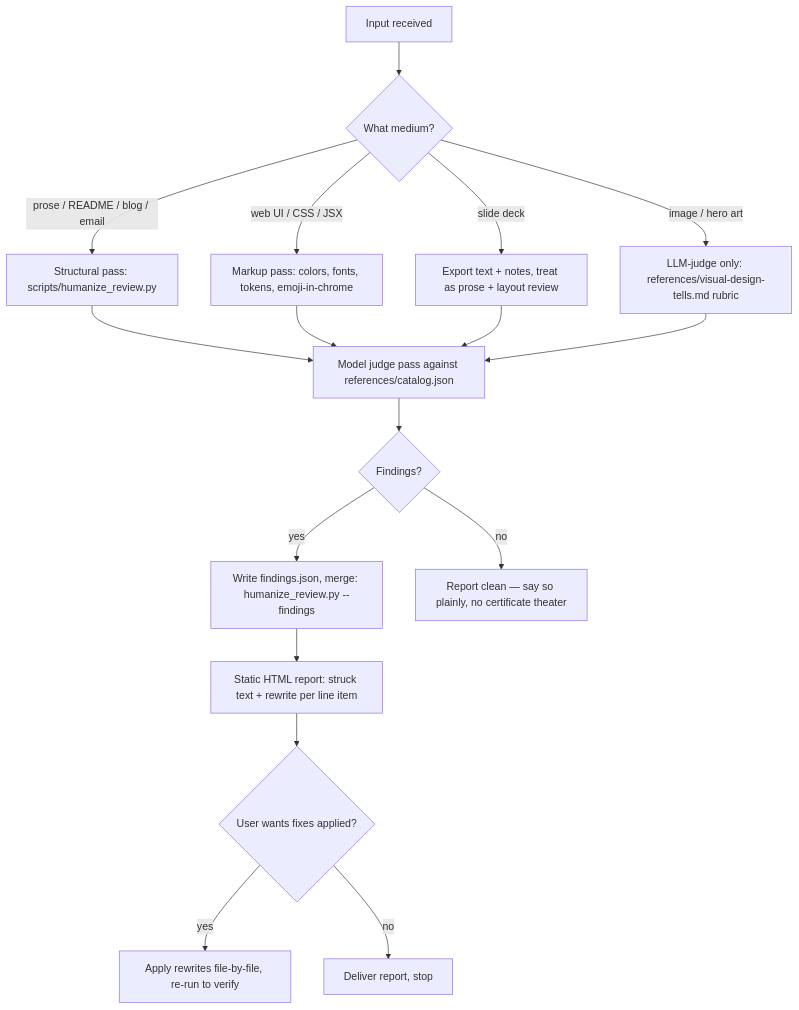
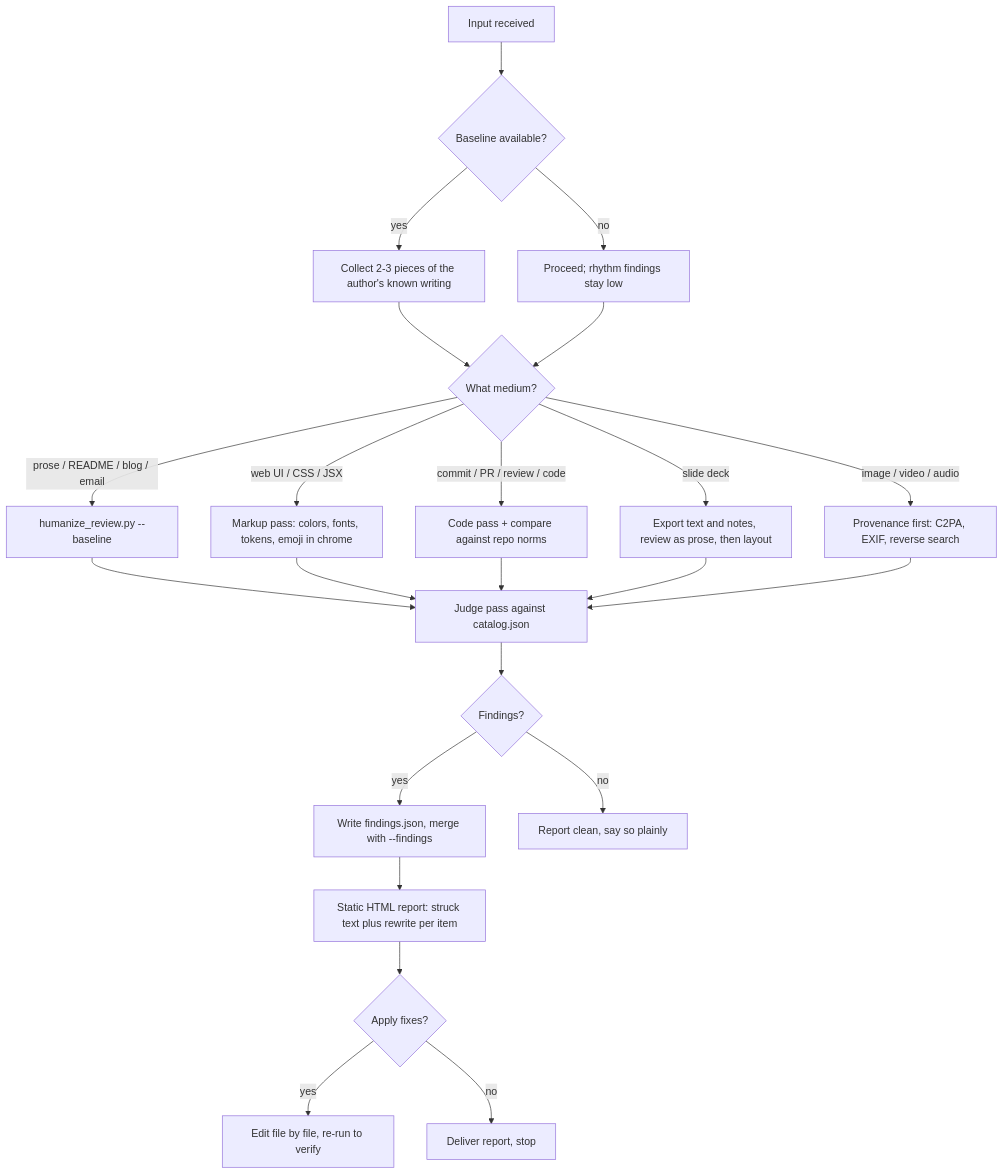
One commit to curiositech/port-daddy changed the diagram in skills/make_copy_and_media_human/SKILL.md. Above: the diagram before and after it, drawn with Mermaid. The commit also changed other lines of this file and 16 other files, not shown here.

````diff
--- a/skills/make_copy_and_media_human/SKILL.md
+++ b/skills/make_copy_and_media_human/SKILL.md
@@ -59,19 +135,25 @@
 ```mermaid
 flowchart TD
-    A[Input received] --> B{What medium?}
-    B -->|prose / README / blog / email| C[Structural pass: scripts/humanize_review.py]
-    B -->|web UI / CSS / JSX| D[Markup pass: colors, fonts, tokens, emoji-in-chrome]
-    B -->|slide deck| E[Export text + notes, treat as prose + layout review]
-    B -->|image / hero art| F[LLM-judge only: references/visual-design-tells.md rubric]
-    C --> G[Model judge pass against references/catalog.json]
-    D --> G
-    E --> G
-    F --> G
-    G --> H{Findings?}
-    H -->|yes| I[Write findings.json, merge: humanize_review.py --findings]
-    H -->|no| J[Report clean — say so plainly, no certificate theater]
-    I --> K[Static HTML report: struck text + rewrite per line item]
-    K --> L{User wants fixes applied?}
-    L -->|yes| M[Apply rewrites file-by-file, re-run to verify]
-    L -->|no| N[Deliver report, stop]
+    A[Input received] --> B{Baseline available?}
+    B -->|yes| C[Collect 2-3 pieces of the author's known writing]
+    B -->|no| D[Proceed; rhythm findings stay low]
+    C --> E{What medium?}
+    D --> E
+    E -->|prose / README / blog / email| F[humanize_review.py --baseline]
+    E -->|web UI / CSS / JSX| G[Markup pass: colors, fonts, tokens, emoji in chrome]
+    E -->|commit / PR / review / code| H[Code pass + compare against repo norms]
+    E -->|slide deck| I[Export text and notes, review as prose, then layout]
+    E -->|image / video / audio| J[Provenance first: C2PA, EXIF, reverse search]
+    F --> K[Judge pass against catalog.json]
+    G --> K
+    H --> K
+    I --> K
+    J --> K
+    K --> L{Findings?}
+    L -->|yes| M[Write findings.json, merge with --findings]
+    L -->|no| N[Report clean, say so plainly]
+    M --> O[Static HTML report: struck text plus rewrite per item]
+    O --> P{Apply fixes?}
+    P -->|yes| Q[Edit file by file, re-run to verify]
+    P -->|no| R[Deliver report, stop]
 ```
````
